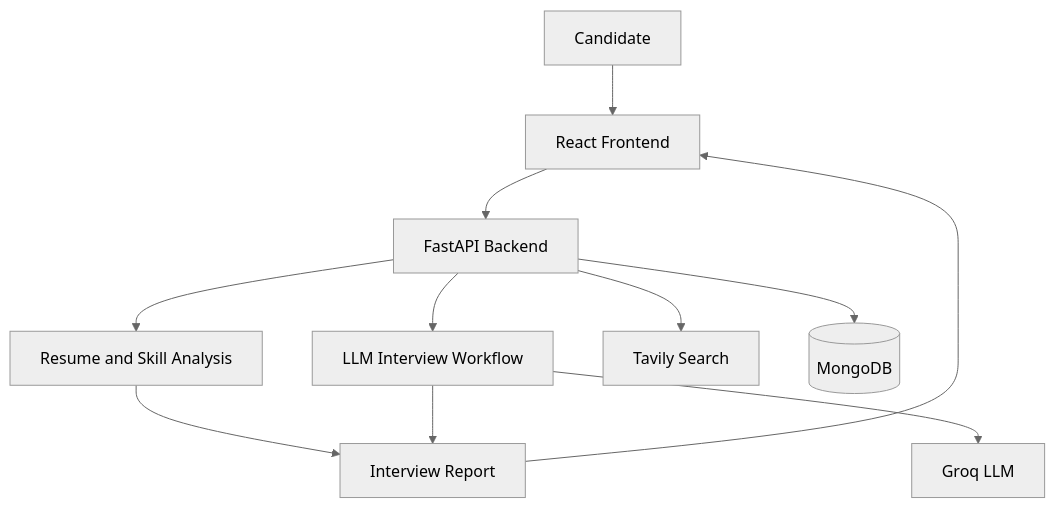
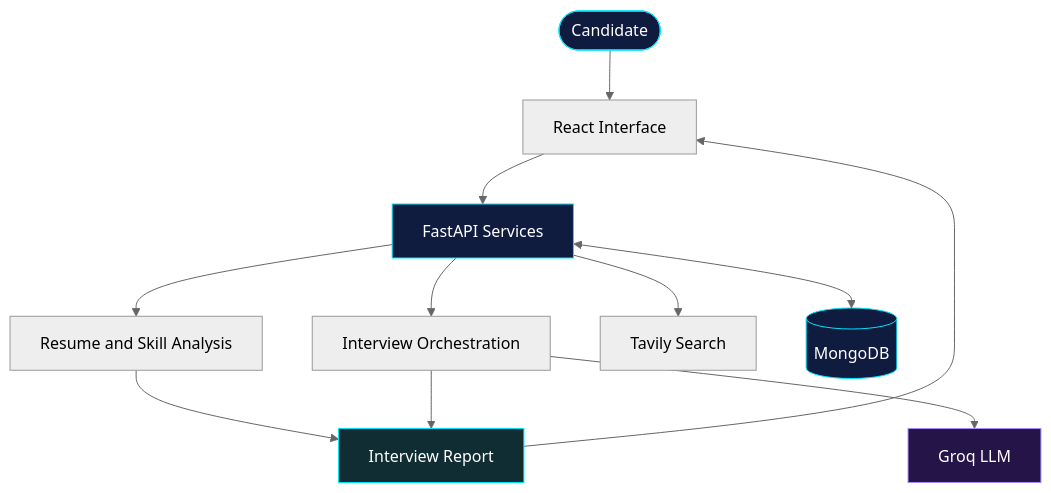
The first of 3 diagrams in README.md (sandhruv/sandhruv), drawn with Mermaid (neutral theme) before and after one commit. The commit also changed other lines of this file, not shown here.

````diff
--- a/README.md
+++ b/README.md
@@ -106,13 +110,19 @@
 ```mermaid
 flowchart TD
-    A[Candidate] --> B[React Frontend]
-    B --> C[FastAPI Backend]
-    C --> D[Resume and Skill Analysis]
-    C --> E[LLM Interview Workflow]
-    E --> F[Groq LLM]
-    C --> G[Tavily Search]
-    C --> H[(MongoDB)]
-    D --> I[Interview Report]
-    E --> I
-    I --> B
+    U([Candidate]) --> UI[React Interface]
+    UI --> API[FastAPI Services]
+    API --> R[Resume and Skill Analysis]
+    API --> L[Interview Orchestration]
+    L --> M[Groq LLM]
+    API --> S[Tavily Search]
+    API <--> DB[(MongoDB)]
+    R --> OUT[Interview Report]
+    L --> OUT
+    OUT --> UI
+
+    style U fill:#101B40,stroke:#00E5FF,color:#FFFFFF
+    style API fill:#101B40,stroke:#00E5FF,color:#FFFFFF
+    style M fill:#241447,stroke:#A78BFA,color:#FFFFFF
+    style DB fill:#101B40,stroke:#00E5FF,color:#FFFFFF
+    style OUT fill:#102D34,stroke:#00E5FF,color:#FFFFFF
 ```
````
